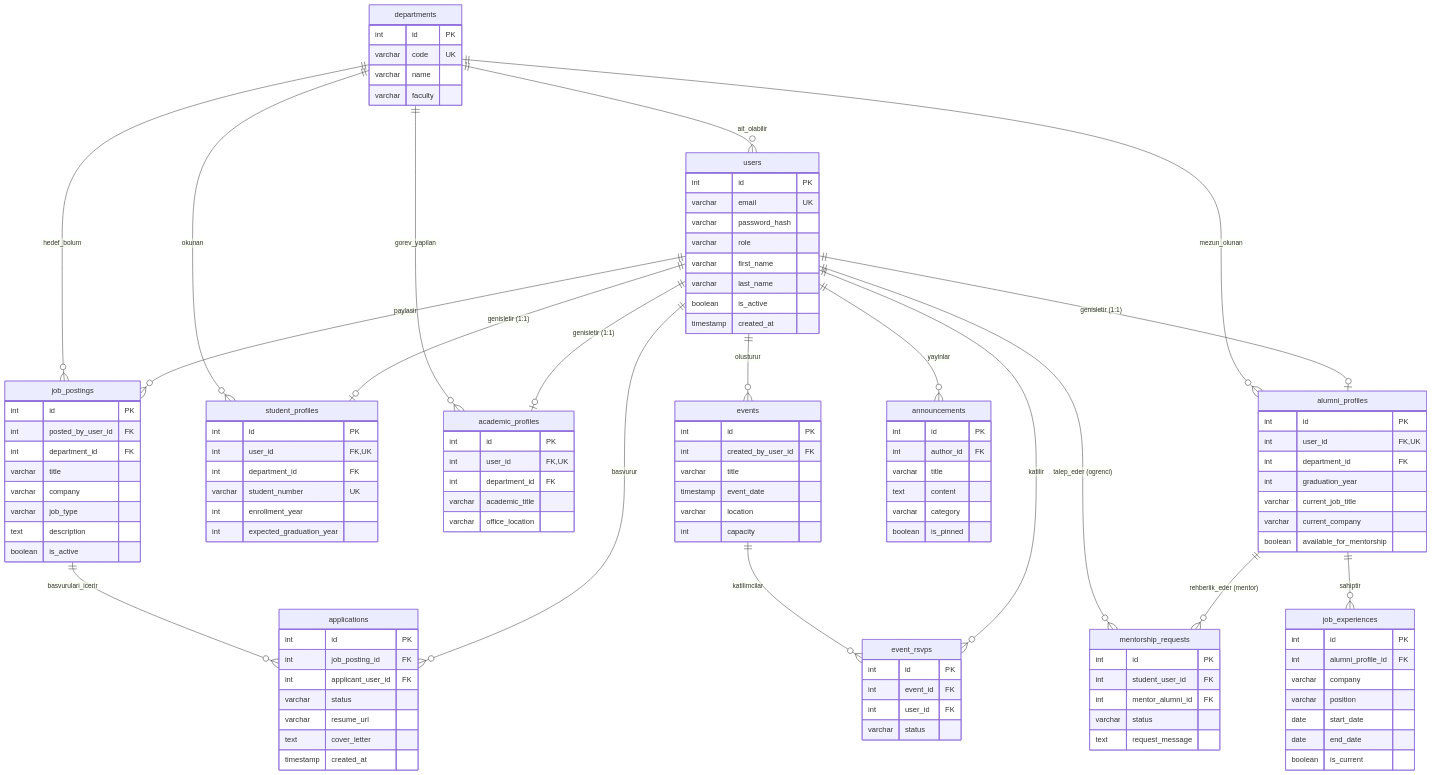
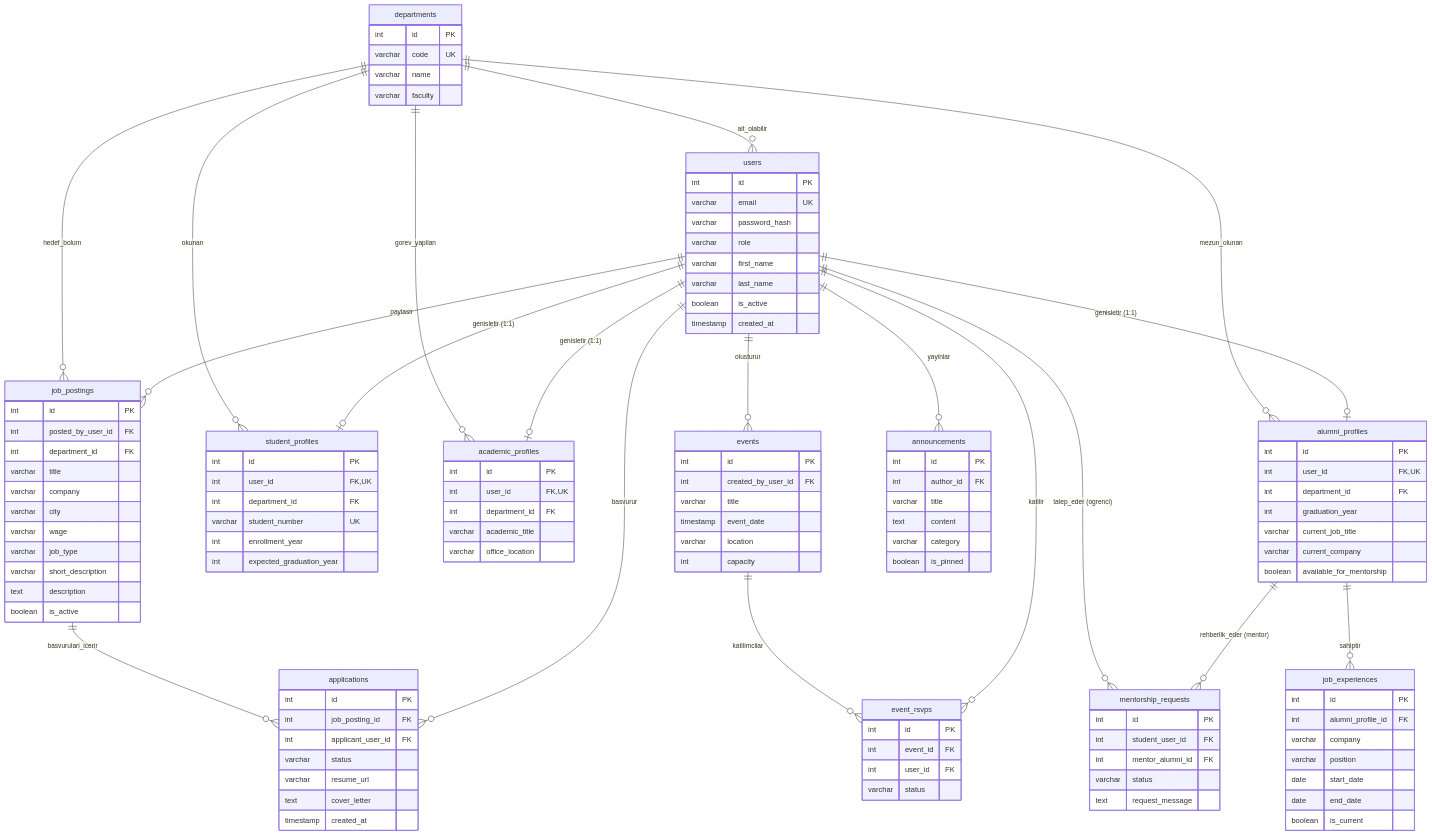
The diagram in ddd.md (Hkantosun/Alumni), drawn with Mermaid before and after one commit. The commit also changed other lines of this file, not shown here.

Commit message:
docs(db): update job_postings business rules and schema constraints in ddd.md

```diff
--- a/ddd.md
+++ b/ddd.md
@@ -131,7 +131,10 @@
         int department_id FK
         varchar title
         varchar company
+        varchar city
+        varchar wage
         varchar job_type
+        varchar short_description
         text description
         boolean is_active
     }
```
